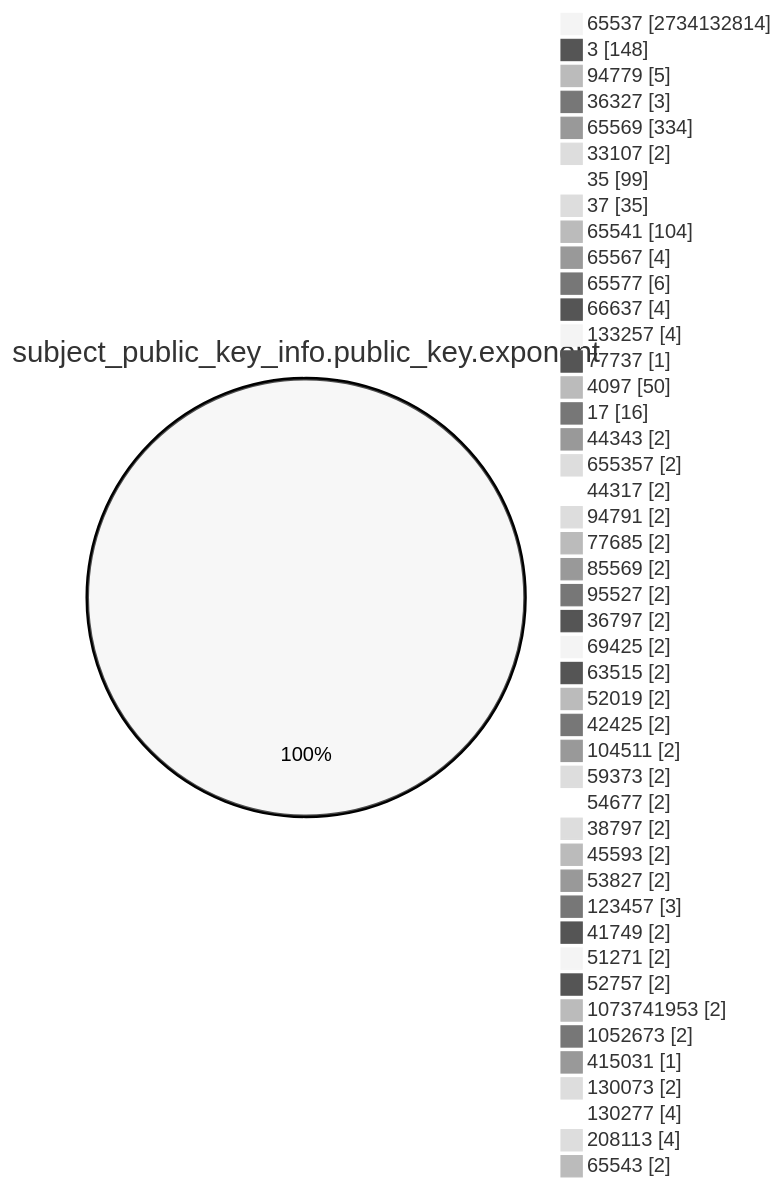
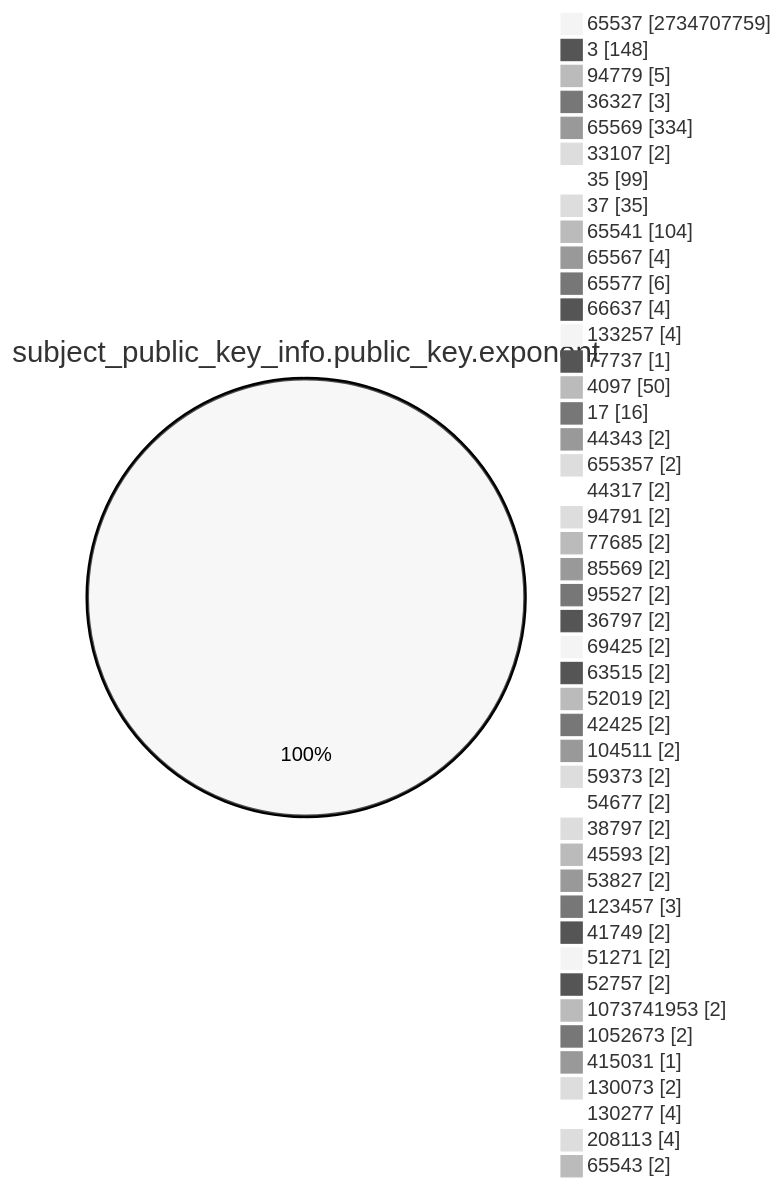
Before and after one commit to christiankrug/ctmonitor_visualization: the fourth of 15 diagrams in TOTAL/README.md, drawn with Mermaid (neutral theme). The commit also changed other lines of this file, not shown here.

````diff
--- a/TOTAL/README.md
+++ b/TOTAL/README.md
@@ -1467,49 +1467,49 @@
 ```mermaid
 pie showData
 title subject_public_key_info.public_key.exponent
-"65537" :2734132814
+"65537" :2734707759
 "3" :148
 "94779" :5
 "36327" :3
 "65569" :334
 "33107" :2
 "35" :99
 "37" :35
 "65541" :104
 "65567" :4
 "65577" :6
 "66637" :4
 "133257" :4
 "77737" :1
 "4097" :50
 "17" :16
 "44343" :2
 "655357" :2
 "44317" :2
 "94791" :2
 "77685" :2
 "85569" :2
 "95527" :2
 "36797" :2
 "69425" :2
 "63515" :2
 "52019" :2
 "42425" :2
 "104511" :2
 "59373" :2
 "54677" :2
 "38797" :2
 "45593" :2
 "53827" :2
 "123457" :3
 "41749" :2
 "51271" :2
 "52757" :2
 "1073741953" :2
 "1052673" :2
 "415031" :1
 "130073" :2
 "130277" :4
 "208113" :4
 "65543" :2
 ```
````
